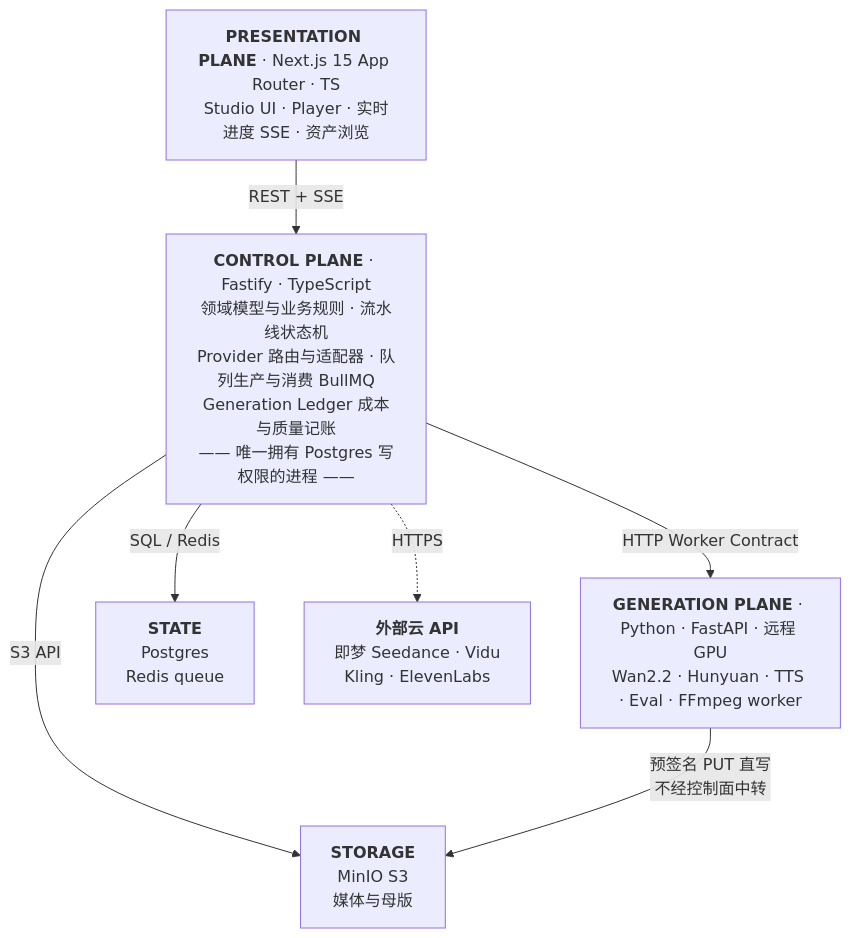
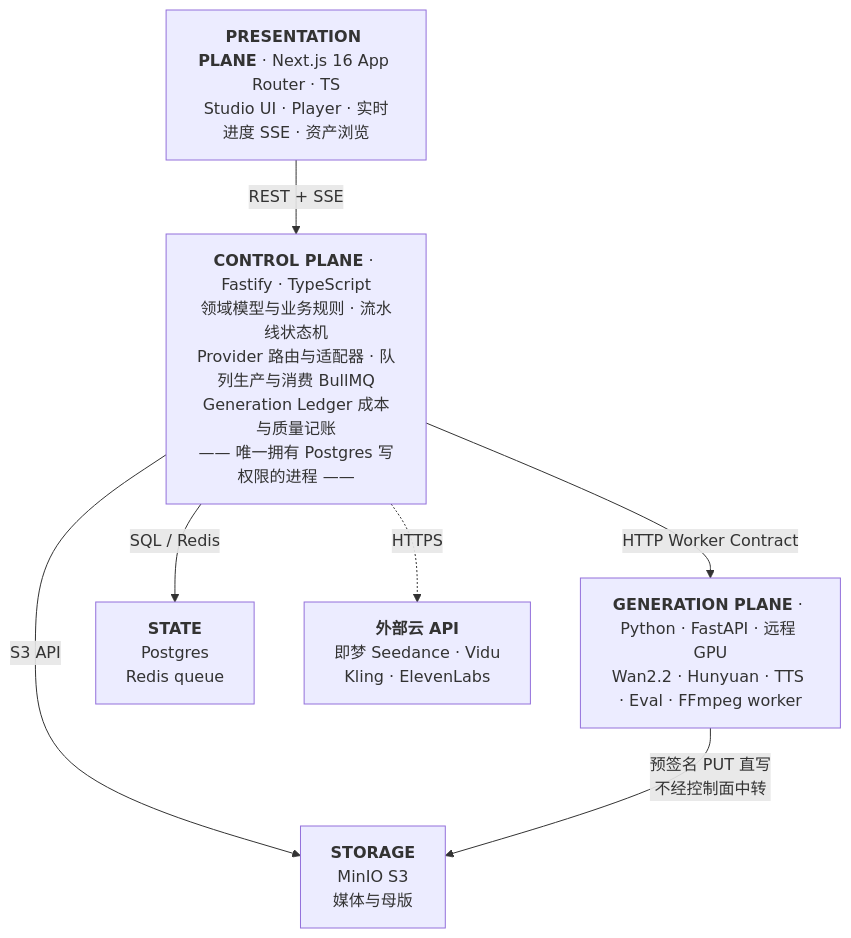
The first of 5 diagrams in docs/_src/01-architecture.md (JasonZQH/AI-Drama-NA), drawn with Mermaid before and after one commit. The commit also changed other lines of this file and 21 other files, not shown here.

First line of the commit message:
docs: ADR 断链 + 六份文档标注「已交付 vs 蓝图」（PR-K/L）

````diff
--- a/docs/_src/01-architecture.md
+++ b/docs/_src/01-architecture.md
@@ -9,15 +9,15 @@
 ```mermaid
 flowchart TD
-    PP["<b>PRESENTATION PLANE</b> · Next.js 15 App Router · TS<br/>Studio UI · Player · 实时进度 SSE · 资产浏览"]
+    PP["<b>PRESENTATION PLANE</b> · Next.js 16 App Router · TS<br/>Studio UI · Player · 实时进度 SSE · 资产浏览"]
     CP["<b>CONTROL PLANE</b> · Fastify · TypeScript<br/>领域模型与业务规则 · 流水线状态机<br/>Provider 路由与适配器 · 队列生产与消费 BullMQ<br/>Generation Ledger 成本与质量记账<br/>—— 唯一拥有 Postgres 写权限的进程 ——"]
     GP["<b>GENERATION PLANE</b> · Python · FastAPI · 远程 GPU<br/>Wan2.2 · Hunyuan · TTS · Eval · FFmpeg worker"]
     ST["<b>STORAGE</b><br/>MinIO S3<br/>媒体与母版"]
     STATE["<b>STATE</b><br/>Postgres<br/>Redis queue"]
     EXT["<b>外部云 API</b><br/>即梦 Seedance · Vidu<br/>Kling · ElevenLabs"]
     PP -->|"REST + SSE"| CP
     CP -->|"HTTP Worker Contract"| GP
     CP -->|"SQL / Redis"| STATE
     CP -->|"S3 API"| ST
     CP -.->|"HTTPS"| EXT
     GP -->|"预签名 PUT 直写<br/>不经控制面中转"| ST
 ```
````
